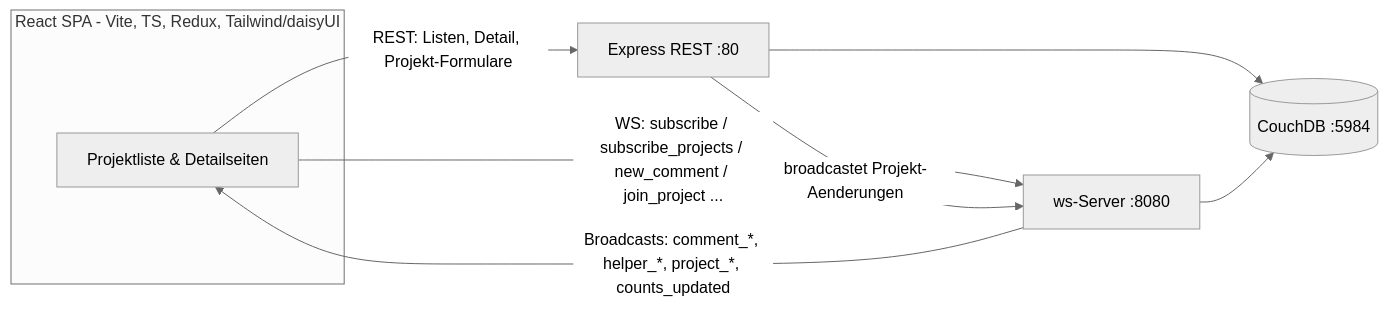
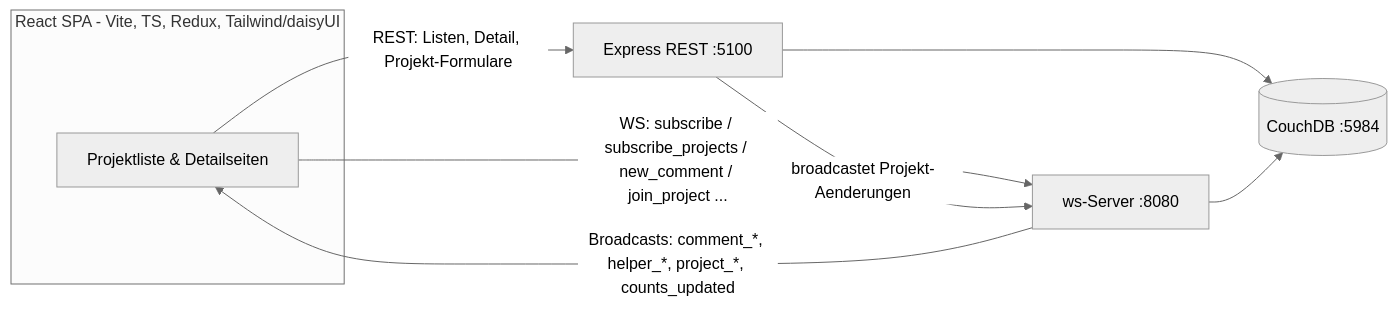
The diagram in Gallery.md (husaammaster/work-together), drawn with Mermaid (neutral theme) before and after one commit. The commit also changed other lines of this file and 2 other files, not shown here.

````diff
--- a/Gallery.md
+++ b/Gallery.md
@@ -80,12 +110,12 @@
 ```mermaid
 flowchart LR
   subgraph Browser["React SPA - Vite, TS, Redux, Tailwind/daisyUI"]
     UI[Projektliste & Detailseiten]
   end
-  UI -- "REST: Listen, Detail, Projekt-Formulare" --> API["Express REST :80"]
+  UI -- "REST: Listen, Detail, Projekt-Formulare" --> API["Express REST :5100"]
   UI -- "WS: subscribe / subscribe_projects / new_comment / join_project ..." --> WS["ws-Server :8080"]
   WS -- "Broadcasts: comment_*, helper_*, project_*, counts_updated" --> UI
   API -- "broadcastet Projekt-Aenderungen" --> WS
   API --> DB[("CouchDB :5984")]
   WS --> DB
 ```
````
